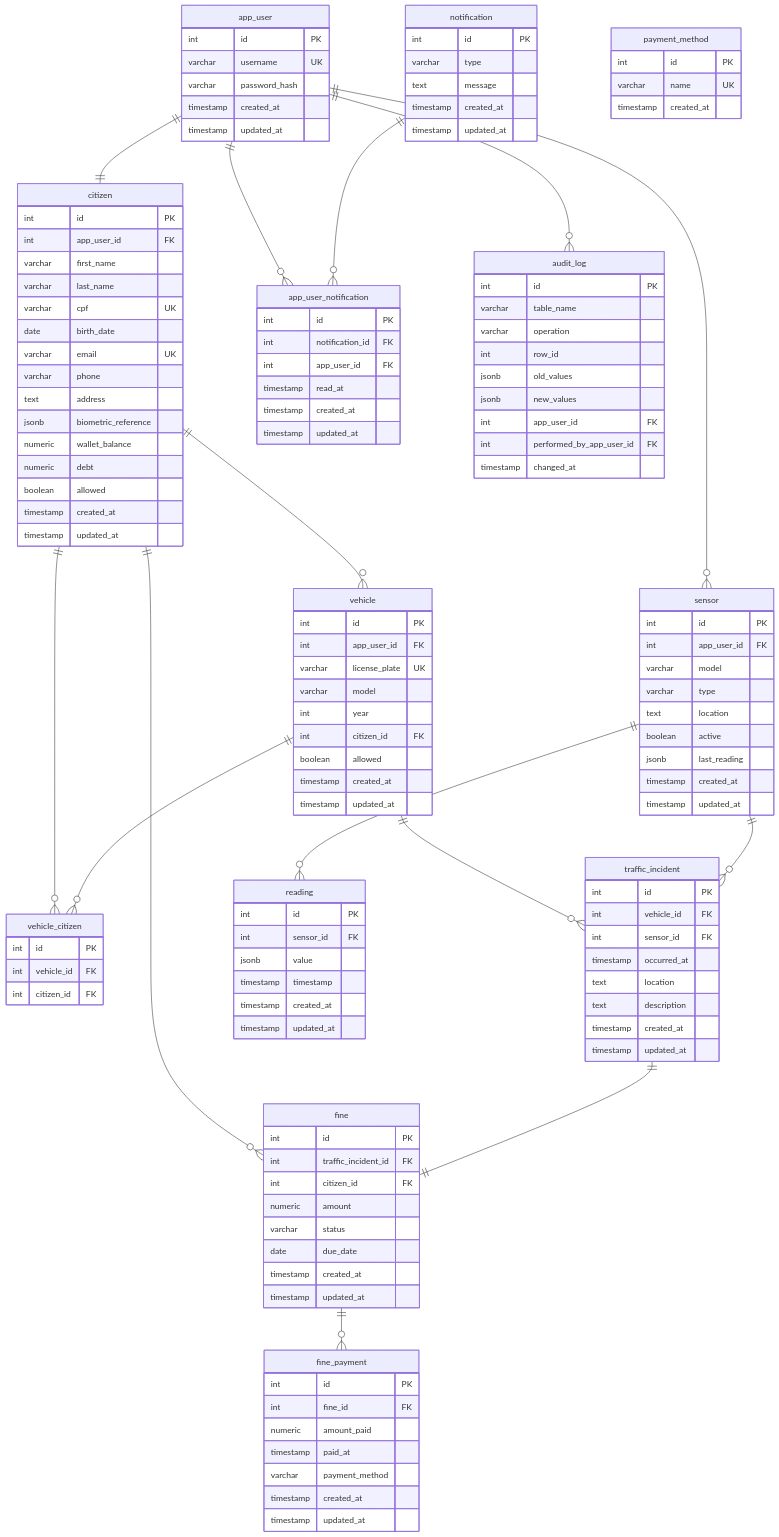
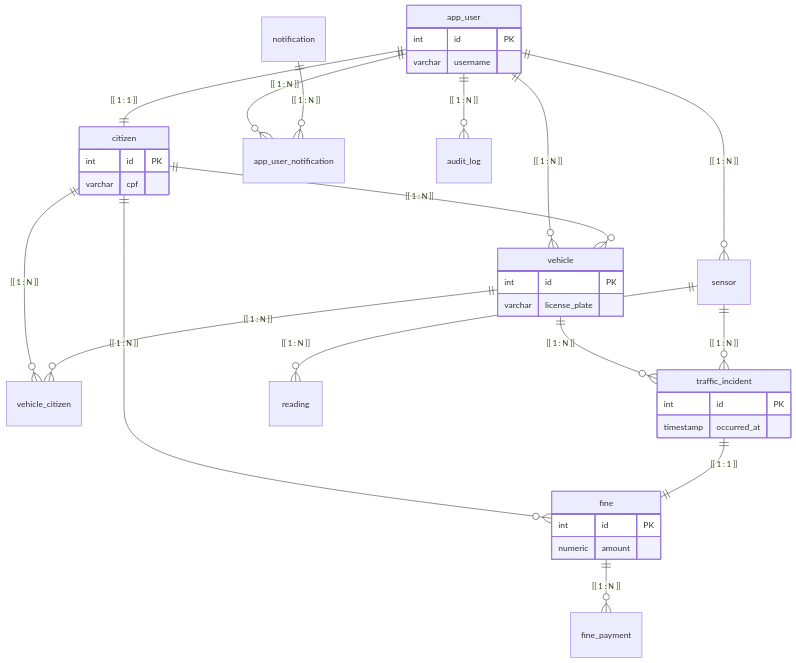
The diagram in DOCUMENTATION.md (cidade-felipe/smart-city-os), drawn with Mermaid before and after one commit. The commit also changed other lines of this file, not shown here.

Commit message:
atualizacao da documentacao

````diff
--- a/DOCUMENTATION.md
+++ b/DOCUMENTATION.md
@@ -60,159 +60,45 @@
 ```mermaid
 erDiagram
-    %% --- USUÁRIOS E CIDADÃOS ---
-    app_user ||--|| citizen : ""
-    app_user ||--o{ app_user_notification : ""
-    app_user ||--o{ audit_log : ""
+    %% Estilização para melhorar contraste
+    app_user ||--|| citizen : "[[ 1 : 1 ]]"
+    app_user ||--o{ vehicle : "[[ 1 : N ]]"
+    app_user ||--o{ sensor : "[[ 1 : N ]]"
+    app_user ||--o{ app_user_notification : "[[ 1 : N ]]"
+    app_user ||--o{ audit_log : "[[ 1 : N ]]"
+    
+    citizen ||--o{ vehicle : "[[ 1 : N ]]"
+    citizen ||--o{ vehicle_citizen : "[[ 1 : N ]]"
+    citizen ||--o{ fine : "[[ 1 : N ]]"
 
-    citizen ||--o{ vehicle : ""
-    citizen ||--o{ vehicle_citizen : ""
-    citizen ||--o{ fine : ""
+    vehicle ||--o{ vehicle_citizen : "[[ 1 : N ]]"
+    vehicle ||--o{ traffic_incident : "[[ 1 : N ]]"
 
-    %% --- VEÍCULOS E TRÂNSITO ---
-    vehicle ||--o{ vehicle_citizen : ""
-    vehicle ||--o{ traffic_incident : ""
-    
-    sensor ||--o{ traffic_incident : ""
-    sensor ||--o{ reading : ""
-    app_user ||--o{ sensor : ""
+    sensor ||--o{ reading : "[[ 1 : N ]]"
+    sensor ||--o{ traffic_incident : "[[ 1 : N ]]"
 
-    %% --- MULTAS E FINANCEIRO ---
-    traffic_incident ||--|| fine : ""
-    fine ||--o{ fine_payment : ""
-    
-    %% --- SISTEMA E LOGS ---
-    notification ||--o{ app_user_notification : ""
+    traffic_incident ||--|| fine : "[[ 1 : 1 ]]"
+    fine ||--o{ fine_payment : "[[ 1 : N ]]"
 
-    %% --- DEFINIÇÃO DAS TABELAS ---
+    notification ||--o{ app_user_notification : "[[ 1 : N ]]"
+
     app_user {
         int id PK
-        varchar username UK
-        varchar password_hash
-        timestamp created_at
-        timestamp updated_at
+        varchar username
     }
-
     citizen {
         int id PK
-        int app_user_id FK
-        varchar first_name
-        varchar last_name
-        varchar cpf UK
-        date birth_date
-        varchar email UK
-        varchar phone
-        text address
-        jsonb biometric_reference
-        numeric wallet_balance
-        numeric debt
-        boolean allowed
-        timestamp created_at
-        timestamp updated_at
+        varchar cpf
     }
-
     vehicle {
         int id PK
-        int app_user_id FK
-        varchar license_plate UK
-        varchar model
-        int year
-        int citizen_id FK
-        boolean allowed
-        timestamp created_at
-        timestamp updated_at
+        varchar license_plate
     }
-
-    vehicle_citizen {
+    fine {
         int id PK
-        int vehicle_id FK
-        int citizen_id FK
+        numeric amount
     }
-
-    sensor {
-        int id PK
-        int app_user_id FK
-        varchar model
-        varchar type
-        text location
-        boolean active
-        jsonb last_reading
-        timestamp created_at
-        timestamp updated_at
-    }
-
-    reading {
-        int id PK
-        int sensor_id FK
-        jsonb value
-        timestamp timestamp
-        timestamp created_at
-        timestamp updated_at
-    }
-
     traffic_incident {
         int id PK
-        int vehicle_id FK
-        int sensor_id FK
         timestamp occurred_at
-        text location
-        text description
-        timestamp created_at
-        timestamp updated_at
-    }
-
-    fine {
-        int id PK
-        int traffic_incident_id FK
-        int citizen_id FK
-        numeric amount
-        varchar status
-        date due_date
-        timestamp created_at
-        timestamp updated_at
-    }
-
-    fine_payment {
-        int id PK
-        int fine_id FK
-        numeric amount_paid
-        timestamp paid_at
-        varchar payment_method
-        timestamp created_at
-        timestamp updated_at
-    }
-
-    payment_method {
-        int id PK
-        varchar name UK
-        timestamp created_at
-    }
-
-    notification {
-        int id PK
-        varchar type
-        text message
-        timestamp created_at
-        timestamp updated_at
-    }
-
-    app_user_notification {
-        int id PK
-        int notification_id FK
-        int app_user_id FK
-        timestamp read_at
-        timestamp created_at
-        timestamp updated_at
-    }
-
-    audit_log {
-        int id PK
-        varchar table_name
-        varchar operation
-        int row_id
-        jsonb old_values
-        jsonb new_values
-        int app_user_id FK
-        int performed_by_app_user_id FK
-        timestamp changed_at
     }
 ```
````
